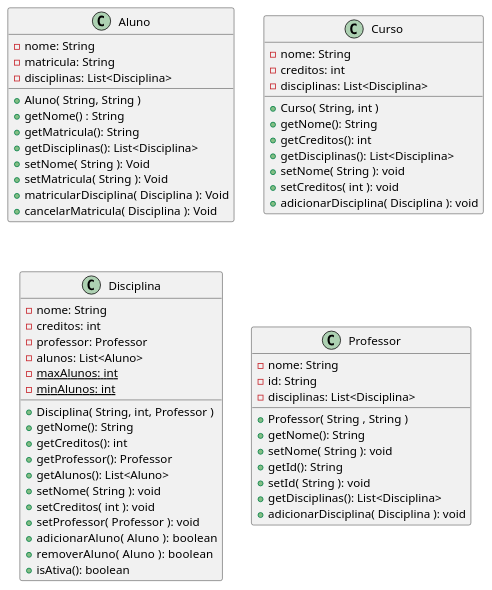
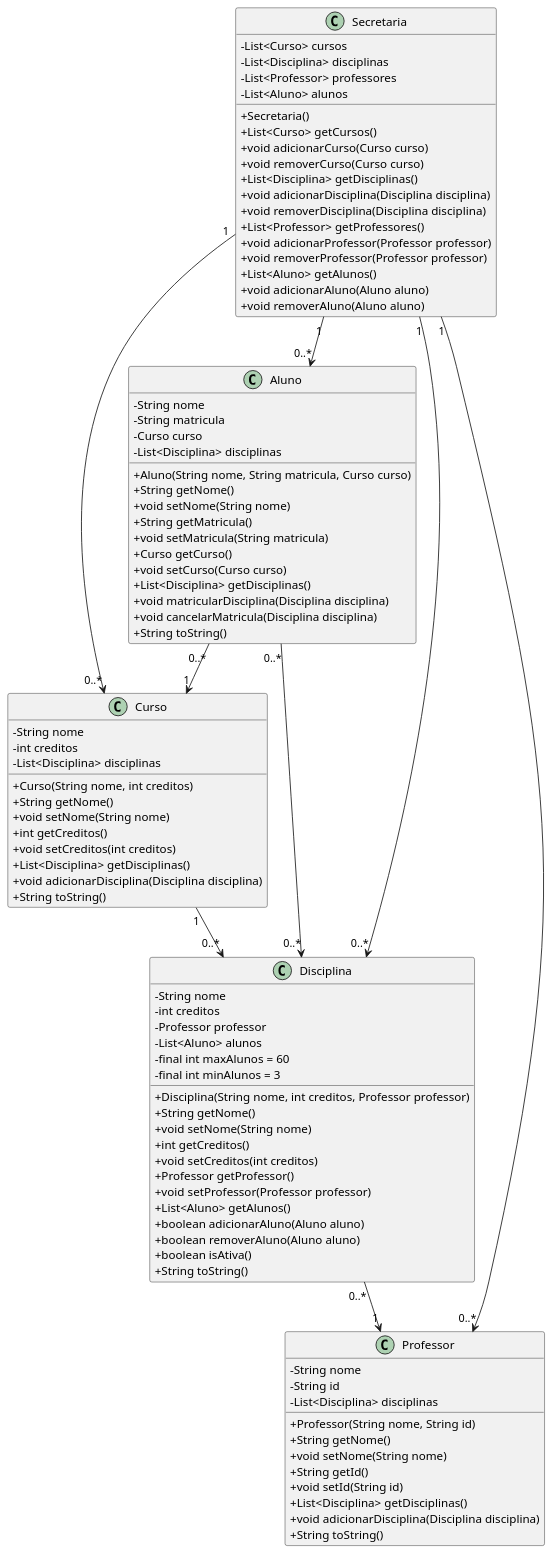
Before and after one commit to JoaoRajao/Matricula-LPS: the diagram in implementacao/classDiagram.puml, drawn with PlantUML. The commit also changed 9 other files, not shown here.

Commit message:
add class secretaria and add bp class uml

```diff
--- a/implementacao/classDiagram.puml
+++ b/implementacao/classDiagram.puml
@@ -1,83 +1,99 @@
 @startuml
+skinparam classAttributeIconSize 0
 
-class "Aluno" as aluno {
-     'Atributos'
-     - nome: String
-     - matricula: String
-     - disciplinas: List<Disciplina>
-
-     'Métodos'
-     + Aluno( String, String )
-     + getNome() : String
-     + getMatricula(): String
-     + getDisciplinas(): List<Disciplina>
-     + setNome( String ): Void
-     + setMatricula( String ): Void
-     + matricularDisciplina( Disciplina ): Void
-     + cancelarMatricula( Disciplina ): Void
+class Aluno {
+    - String nome
+    - String matricula
+    - Curso curso
+    - List<Disciplina> disciplinas
+    + Aluno(String nome, String matricula, Curso curso)
+    + String getNome()
+    + void setNome(String nome)
+    + String getMatricula()
+    + void setMatricula(String matricula)
+    + Curso getCurso()
+    + void setCurso(Curso curso)
+    + List<Disciplina> getDisciplinas()
+    + void matricularDisciplina(Disciplina disciplina)
+    + void cancelarMatricula(Disciplina disciplina)
+    + String toString()
 }
 
-class "Curso" as curso{
-    'Atributos'
-    - nome: String
-    - creditos: int
-    - disciplinas: List<Disciplina>
-
-    'Métodos'
-    + Curso( String, int )
-    + getNome(): String
-    + getCreditos(): int
-    + getDisciplinas(): List<Disciplina>
-    + setNome( String ): void
-    + setCreditos( int ): void
-    + adicionarDisciplina( Disciplina ): void
+class Curso {
+    - String nome
+    - int creditos
+    - List<Disciplina> disciplinas
+    + Curso(String nome, int creditos)
+    + String getNome()
+    + void setNome(String nome)
+    + int getCreditos()
+    + void setCreditos(int creditos)
+    + List<Disciplina> getDisciplinas()
+    + void adicionarDisciplina(Disciplina disciplina)
+    + String toString()
 }
 
-class "Disciplina" as disciplina {
-    'Atributos'
-    - nome: String
-    - creditos: int
-    - professor: Professor
-    - alunos: List<Aluno>
-    - {static} maxAlunos: int
-    - {static} minAlunos: int
-
-    'Métodos'
-     + Disciplina( String, int, Professor )
-     + getNome(): String
-     + getCreditos(): int
-     + getProfessor(): Professor
-     + getAlunos(): List<Aluno>
-     + setNome( String ): void
-     + setCreditos( int ): void
-     + setProfessor( Professor ): void
-     + adicionarAluno( Aluno ):  boolean
-     + removerAluno( Aluno ):  boolean
-     + isAtiva(): boolean
+class Disciplina {
+    - String nome
+    - int creditos
+    - Professor professor
+    - List<Aluno> alunos
+    - final int maxAlunos = 60
+    - final int minAlunos = 3
+    + Disciplina(String nome, int creditos, Professor professor)
+    + String getNome()
+    + void setNome(String nome)
+    + int getCreditos()
+    + void setCreditos(int creditos)
+    + Professor getProfessor()
+    + void setProfessor(Professor professor)
+    + List<Aluno> getAlunos()
+    + boolean adicionarAluno(Aluno aluno)
+    + boolean removerAluno(Aluno aluno)
+    + boolean isAtiva()
+    + String toString()
 }
 
-
-class "Professor" as professor {
-    'Atributos'
-    - nome: String
-    - id: String
-    - disciplinas: List<Disciplina>
-
-    'Métodos'
-    + Professor( String , String )
-    + getNome(): String
-    + setNome( String ): void
-    + getId(): String
-    + setId( String ): void
-    + getDisciplinas(): List<Disciplina>
-    + adicionarDisciplina( Disciplina ): void
+class Professor {
+    - String nome
+    - String id
+    - List<Disciplina> disciplinas
+    + Professor(String nome, String id)
+    + String getNome()
+    + void setNome(String nome)
+    + String getId()
+    + void setId(String id)
+    + List<Disciplina> getDisciplinas()
+    + void adicionarDisciplina(Disciplina disciplina)
+    + String toString()
 }
 
-'TODO'
-'Relacionamentos'
+class Secretaria {
+    - List<Curso> cursos
+    - List<Disciplina> disciplinas
+    - List<Professor> professores
+    - List<Aluno> alunos
+    + Secretaria()
+    + List<Curso> getCursos()
+    + void adicionarCurso(Curso curso)
+    + void removerCurso(Curso curso)
+    + List<Disciplina> getDisciplinas()
+    + void adicionarDisciplina(Disciplina disciplina)
+    + void removerDisciplina(Disciplina disciplina)
+    + List<Professor> getProfessores()
+    + void adicionarProfessor(Professor professor)
+    + void removerProfessor(Professor professor)
+    + List<Aluno> getAlunos()
+    + void adicionarAluno(Aluno aluno)
+    + void removerAluno(Aluno aluno)
+}
 
-'Documentação Setas: https://plantuml.com/en-dark/class-diagram#9dd2a6eca0c2a0e7'
-'Documentação Orientação Seta: https://plantuml.com/en-dark/class-diagram#5a6e75f1261e3d91'
-'Documentação Labels: https://plantuml.com/en-dark/class-diagram#4a705b44651caa59'
-
+Aluno "0..*" --> "0..*" Disciplina
+Aluno "0..*" --> "1" Curso
+Disciplina "0..*" --> "1" Professor
+Curso "1" --> "0..*" Disciplina
+Secretaria "1" --> "0..*" Curso
+Secretaria "1" --> "0..*" Disciplina
+Secretaria "1" --> "0..*" Professor
+Secretaria "1" --> "0..*" Aluno
 @enduml
```
